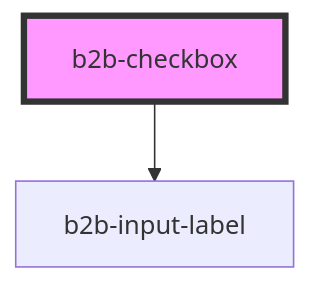
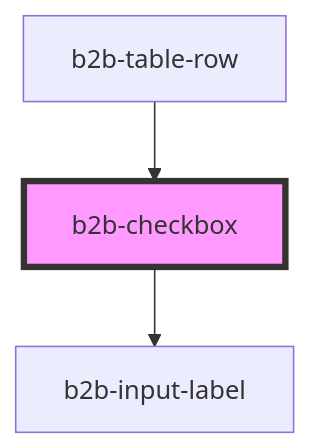
Before and after one commit to otto-de/b2b-design-system: the diagram in packages/core-components/src/components/checkbox/readme.md, drawn with Mermaid. The commit also changed other lines of this file and 9 other files, not shown here.

````diff
--- a/packages/core-components/src/components/checkbox/readme.md
+++ b/packages/core-components/src/components/checkbox/readme.md
@@ -39,5 +45,6 @@
 ```mermaid
 graph TD;
   b2b-checkbox --> b2b-input-label
+  b2b-table-row --> b2b-checkbox
   style b2b-checkbox fill:#f9f,stroke:#333,stroke-width:4px
 ```
````
